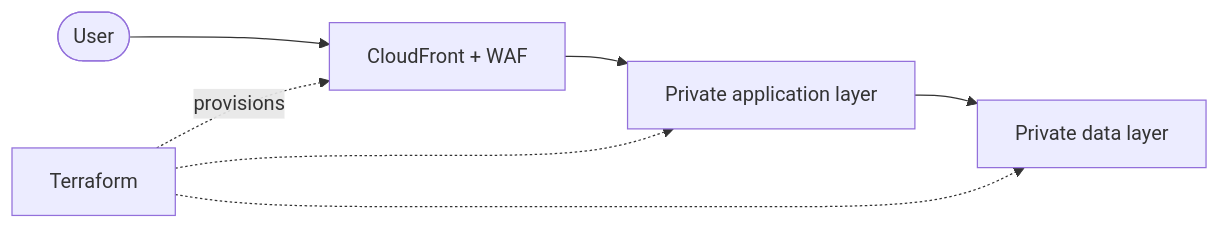
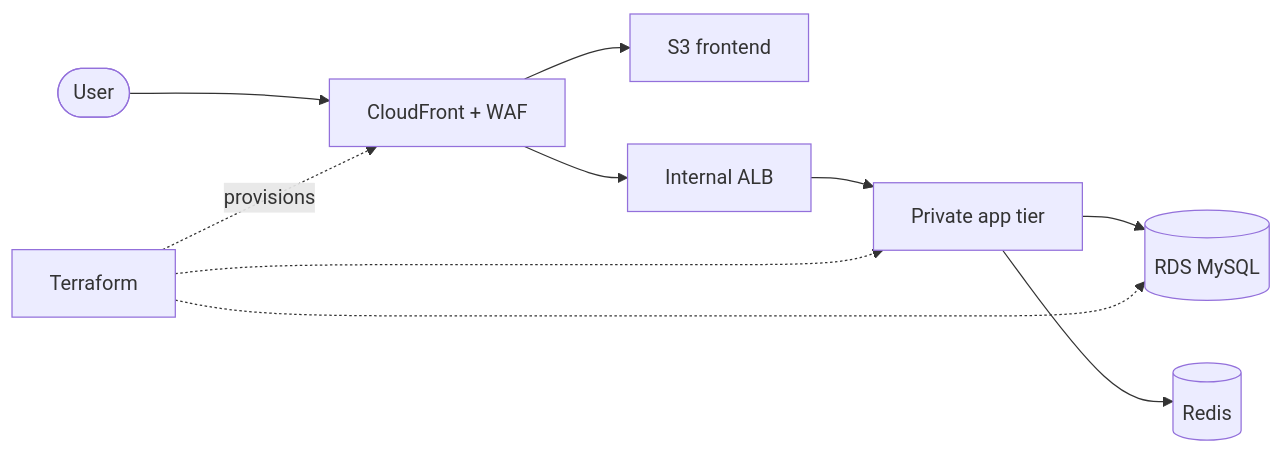
The diagram in README.md (aliaagamall/aliaagamall), drawn with Mermaid before and after one commit. The commit also changed other lines of this file, not shown here.

````diff
--- a/README.md
+++ b/README.md
@@ -39,9 +40,12 @@
 ```mermaid
 flowchart LR
     U([User]) --> E["CloudFront + WAF"]
-    E --> A["Private application layer"]
-    A --> D["Private data layer"]
+    E --> S["S3 frontend"]
+    E --> L["Internal ALB"]
+    L --> A["Private app tier"]
+    A --> D1[("RDS MySQL")]
+    A --> D2[("Redis")]
     T["Terraform"] -. "provisions" .-> E
     T -.-> A
-    T -.-> D
+    T -.-> D1
 ```
````
